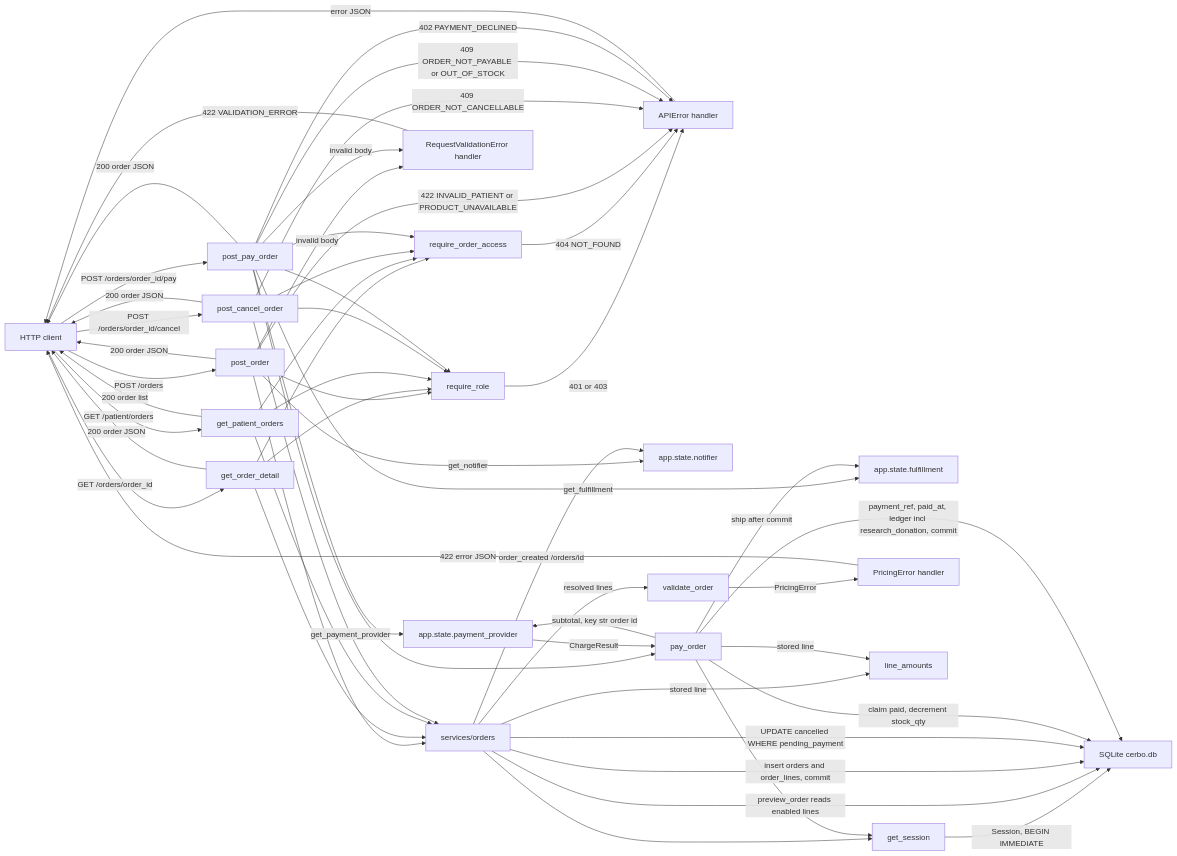
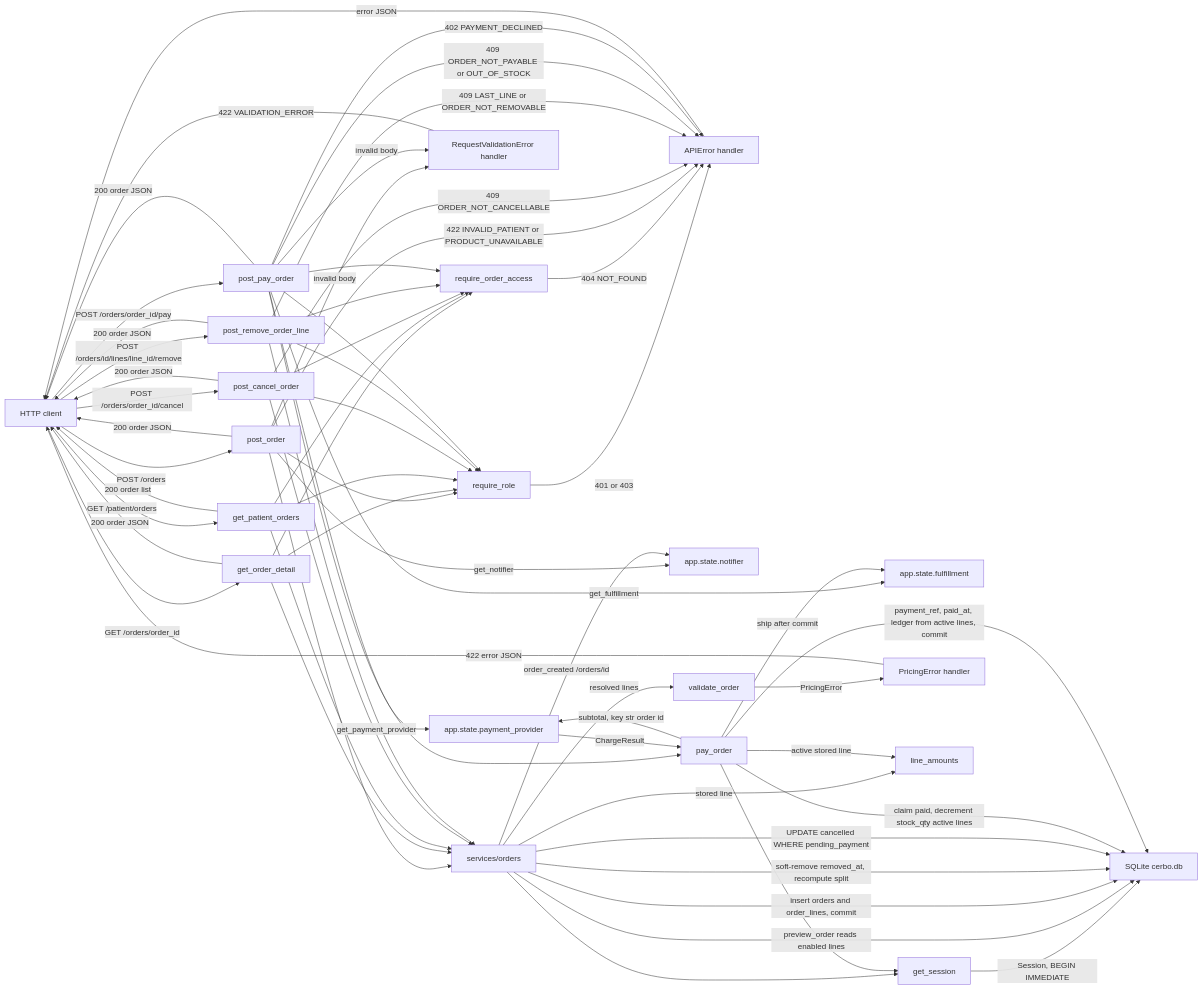
The second of 6 diagrams in docs/diagrams/data-flow.md (drtclem/cerbo_wk1), drawn with Mermaid before and after one commit. The commit also changed other lines of this file and 8 other files, not shown here.

Commit message:
Diagrams for T24; D13 matches the built behavior

````diff
--- a/docs/diagrams/data-flow.md
+++ b/docs/diagrams/data-flow.md
@@ -75,61 +75,68 @@
 ```mermaid
 flowchart LR
   httpClient["HTTP client"] -->|"POST /orders"| postOrder["post_order"]
   httpClient -->|"GET /orders/order_id"| getOrderDetail["get_order_detail"]
   httpClient -->|"GET /patient/orders"| getPatientOrders["get_patient_orders"]
   httpClient -->|"POST /orders/order_id/cancel"| postCancel["post_cancel_order"]
+  httpClient -->|"POST /orders/id/lines/line_id/remove"| postRemove["post_remove_order_line"]
   httpClient -->|"POST /orders/order_id/pay"| postPay["post_pay_order"]
 
   postOrder --> requireRole["require_role"]
   getOrderDetail --> requireRole
   getPatientOrders --> requireRole
   postCancel --> requireRole
+  postRemove --> requireRole
   postPay --> requireRole
   requireRole -->|"401 or 403"| apiError["APIError handler"]
 
   postOrder -->|"get_notifier"| fakeNotifier["app.state.notifier"]
   postPay -->|"get_payment_provider"| paymentProvider["app.state.payment_provider"]
   postPay -->|"get_fulfillment"| fakeFulfillment["app.state.fulfillment"]
   postOrder --> ordersSvc["services/orders"]
   getOrderDetail --> ordersSvc
   getPatientOrders --> ordersSvc
   postCancel --> ordersSvc
+  postRemove --> ordersSvc
   postPay --> paymentsSvc["pay_order"]
   getOrderDetail --> requireOrder["require_order_access"]
   getPatientOrders --> requireOrder
   postCancel --> requireOrder
+  postRemove --> requireOrder
   postPay --> requireOrder
   requireOrder -->|"404 NOT_FOUND"| apiError
 
   ordersSvc --> getSession["get_session"]
   paymentsSvc --> getSession
   getSession -->|"Session, BEGIN IMMEDIATE"| sqliteFile["SQLite cerbo.db"]
   ordersSvc -->|"preview_order reads enabled lines"| sqliteFile
   ordersSvc -->|"resolved lines"| validateOrder["validate_order"]
   validateOrder -->|"PricingError"| pricingHandler["PricingError handler"]
   pricingHandler -->|"422 error JSON"| httpClient
   ordersSvc -->|"insert orders and order_lines, commit"| sqliteFile
+  ordersSvc -->|"soft-remove removed_at, recompute split"| sqliteFile
   ordersSvc -->|"UPDATE cancelled WHERE pending_payment"| sqliteFile
   ordersSvc -->|"order_created /orders/id"| fakeNotifier
   ordersSvc -->|"stored line"| lineAmounts["line_amounts"]
-  paymentsSvc -->|"stored line"| lineAmounts
-  paymentsSvc -->|"claim paid, decrement stock_qty"| sqliteFile
+  paymentsSvc -->|"active stored line"| lineAmounts
+  paymentsSvc -->|"claim paid, decrement stock_qty active lines"| sqliteFile
   paymentsSvc -->|"subtotal, key str order id"| paymentProvider
   paymentProvider -->|"ChargeResult"| paymentsSvc
-  paymentsSvc -->|"payment_ref, paid_at, ledger incl research_donation, commit"| sqliteFile
+  paymentsSvc -->|"payment_ref, paid_at, ledger from active lines, commit"| sqliteFile
   paymentsSvc -->|"ship after commit"| fakeFulfillment
 
   postOrder -->|"422 INVALID_PATIENT or PRODUCT_UNAVAILABLE"| apiError
   postOrder -->|"invalid body"| validationHandler["RequestValidationError handler"]
   postPay -->|"invalid body"| validationHandler
   validationHandler -->|"422 VALIDATION_ERROR"| httpClient
   apiError -->|"error JSON"| httpClient
   postOrder -->|"200 order JSON"| httpClient
   getOrderDetail -->|"200 order JSON"| httpClient
   getPatientOrders -->|"200 order list"| httpClient
   postCancel -->|"200 order JSON"| httpClient
   postCancel -->|"409 ORDER_NOT_CANCELLABLE"| apiError
+  postRemove -->|"200 order JSON"| httpClient
+  postRemove -->|"409 LAST_LINE or ORDER_NOT_REMOVABLE"| apiError
   postPay -->|"200 order JSON"| httpClient
   postPay -->|"409 ORDER_NOT_PAYABLE or OUT_OF_STOCK"| apiError
   postPay -->|"402 PAYMENT_DECLINED"| apiError
 ```
````
